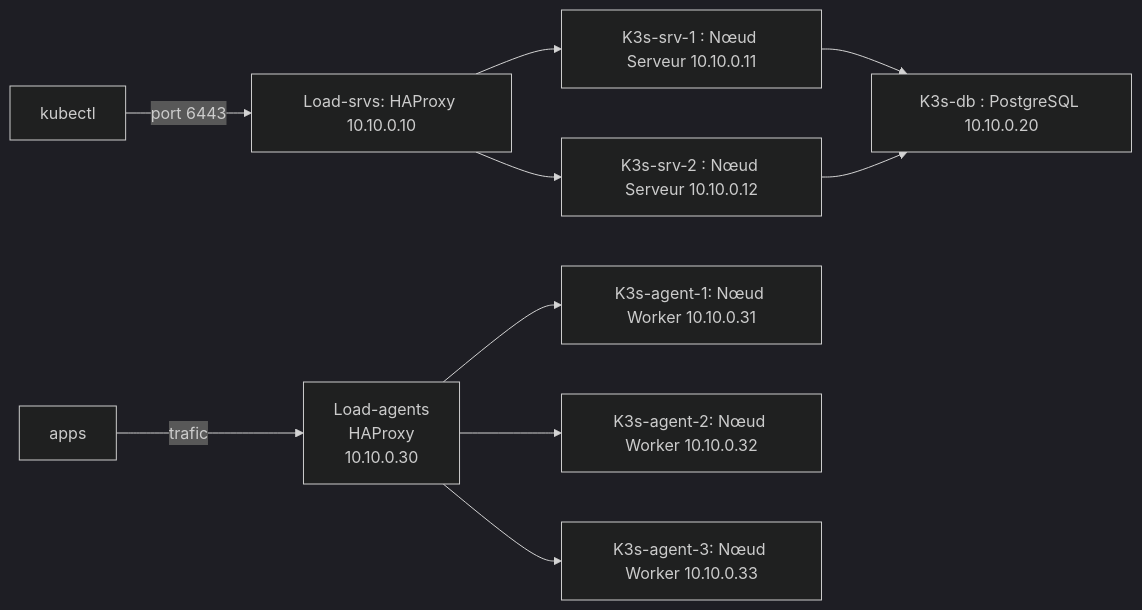
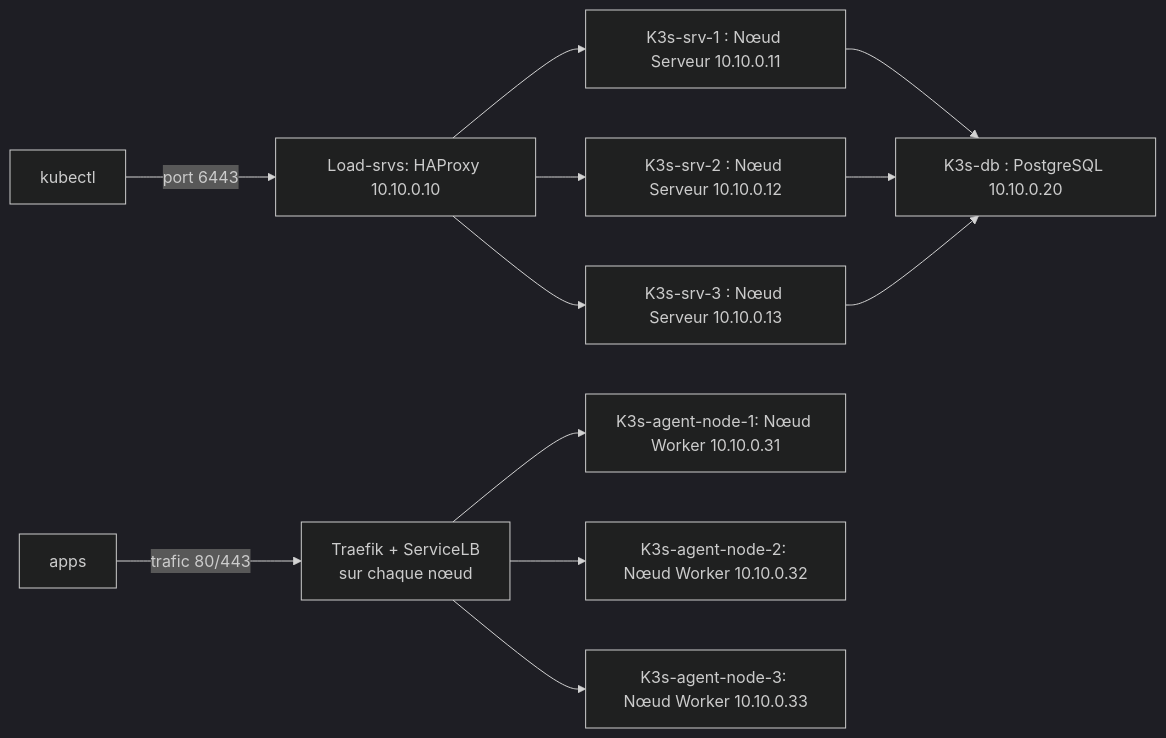
Before and after one commit to Souheib-h/K3s-lab: the diagram in README.md, drawn with Mermaid (dark theme). The commit also changed other lines of this file and 2 other files, not shown here.

````diff
--- a/README.md
+++ b/README.md
@@ -9,13 +9,15 @@
 ```mermaid
 graph LR
     kubectl -->|port 6443| LB_SRV[ Load-srvs: HAProxy 10.10.0.10]
     LB_SRV --> SRV1[K3s-srv-1 : Nœud Serveur 10.10.0.11]
     LB_SRV --> SRV2[K3s-srv-2 : Nœud Serveur 10.10.0.12]
+    LB_SRV --> SRV3[K3s-srv-3 : Nœud Serveur 10.10.0.13]
     SRV1 --> DB[K3s-db : PostgreSQL 10.10.0.20]
     SRV2 --> DB
+    SRV3 --> DB
 
-    apps -->|trafic| LB_AGT[Load-agents\nHAProxy\n10.10.0.30]
-    LB_AGT --> AGT1[K3s-agent-1: Nœud Worker 10.10.0.31]
-    LB_AGT --> AGT2[K3s-agent-2: Nœud Worker 10.10.0.32]
-    LB_AGT --> AGT3[K3s-agent-3: Nœud Worker 10.10.0.33]
+    apps -->|trafic 80/443| TRAEFIK[Traefik + ServiceLB\nsur chaque nœud]
+    TRAEFIK --> AGT1[K3s-agent-node-1: Nœud Worker 10.10.0.31]
+    TRAEFIK --> AGT2[K3s-agent-node-2: Nœud Worker 10.10.0.32]
+    TRAEFIK --> AGT3[K3s-agent-node-3: Nœud Worker 10.10.0.33]
 ```
````
